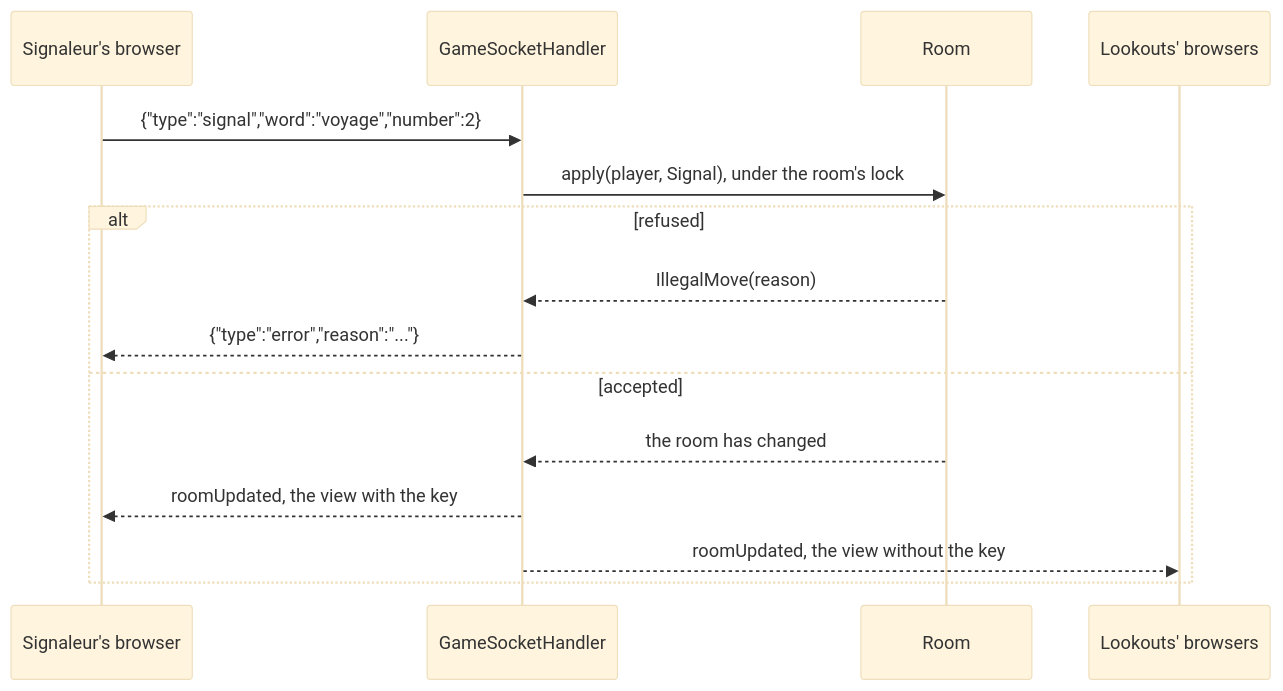
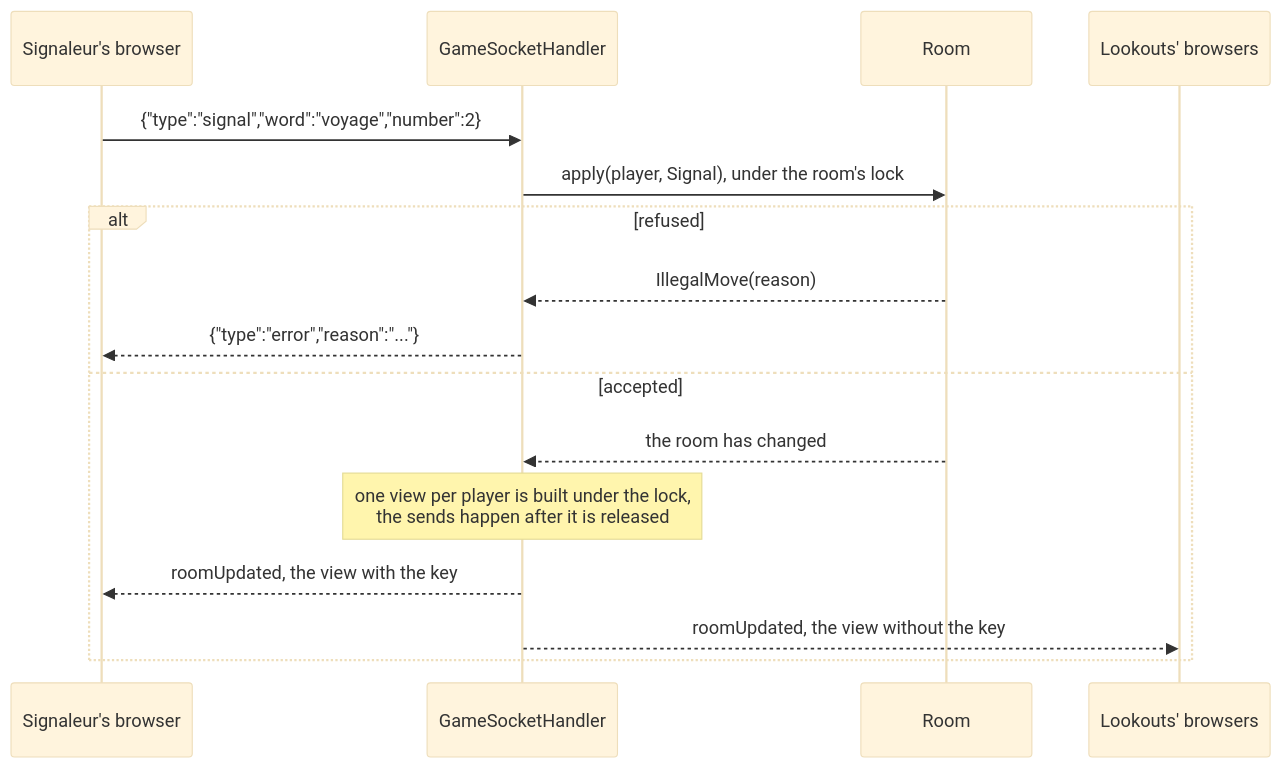
The second of 2 diagrams in docs/adr/0003-rooms-the-state-machine-and-the-protocol.md (Didelo-lilian/semaphore), drawn with Mermaid (base theme) before and after one commit. The commit also changed other lines of this file and 2 other files, not shown here.

Commit message:
docs: describe the fixed Signaleur, the connection rules and the view versions

````diff
--- a/docs/adr/0003-rooms-the-state-machine-and-the-protocol.md
+++ b/docs/adr/0003-rooms-the-state-machine-and-the-protocol.md
@@ -54,17 +54,18 @@
 ```mermaid
 sequenceDiagram
   participant S as Signaleur's browser
   participant H as GameSocketHandler
   participant R as Room
   participant L as Lookouts' browsers
   S->>H: {"type":"signal","word":"voyage","number":2}
   H->>R: apply(player, Signal), under the room's lock
   alt refused
     R-->>H: IllegalMove(reason)
     H-->>S: {"type":"error","reason":"..."}
   else accepted
     R-->>H: the room has changed
+    Note over H: one view per player is built under the lock,<br/>the sends happen after it is released
     H-->>S: roomUpdated, the view with the key
     H-->>L: roomUpdated, the view without the key
   end
 ```
````
